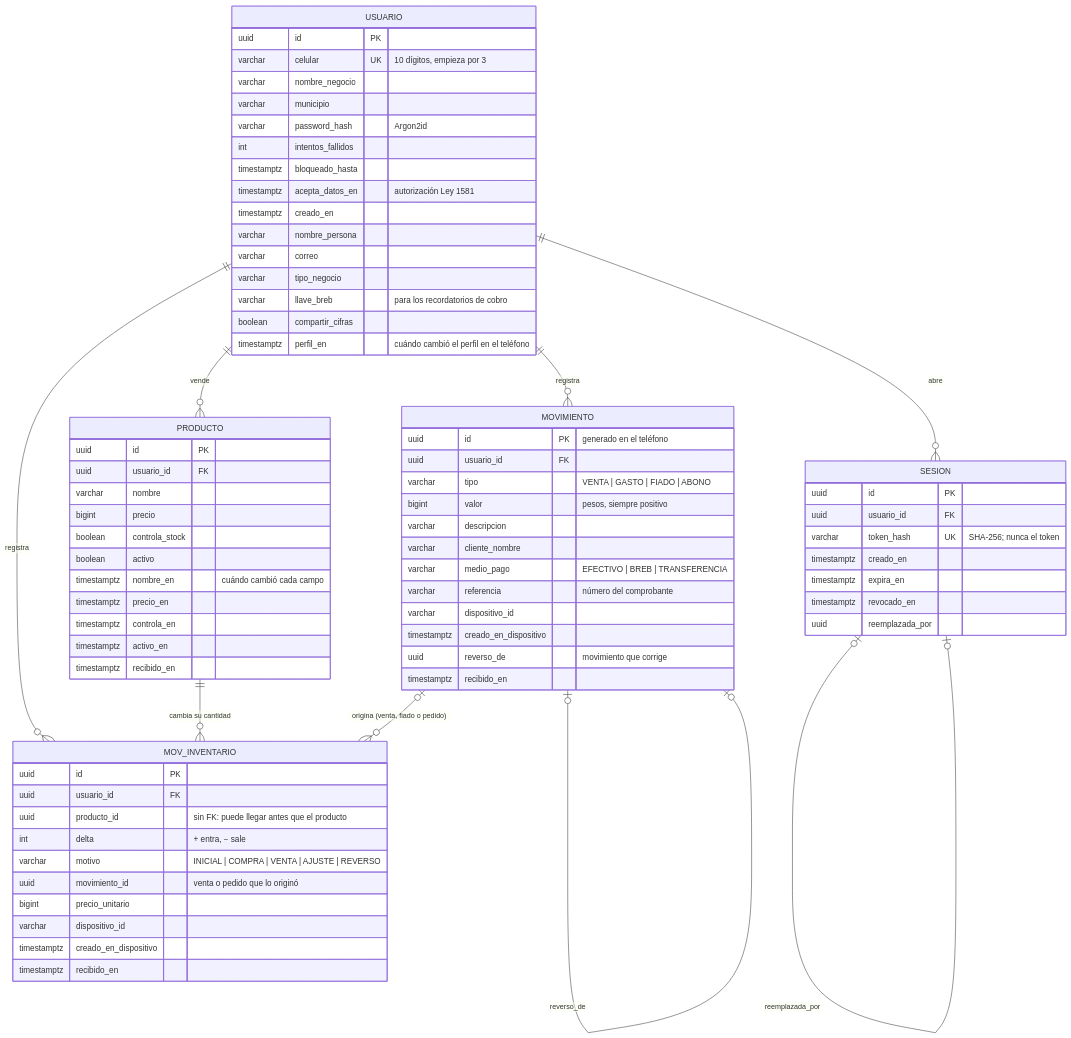
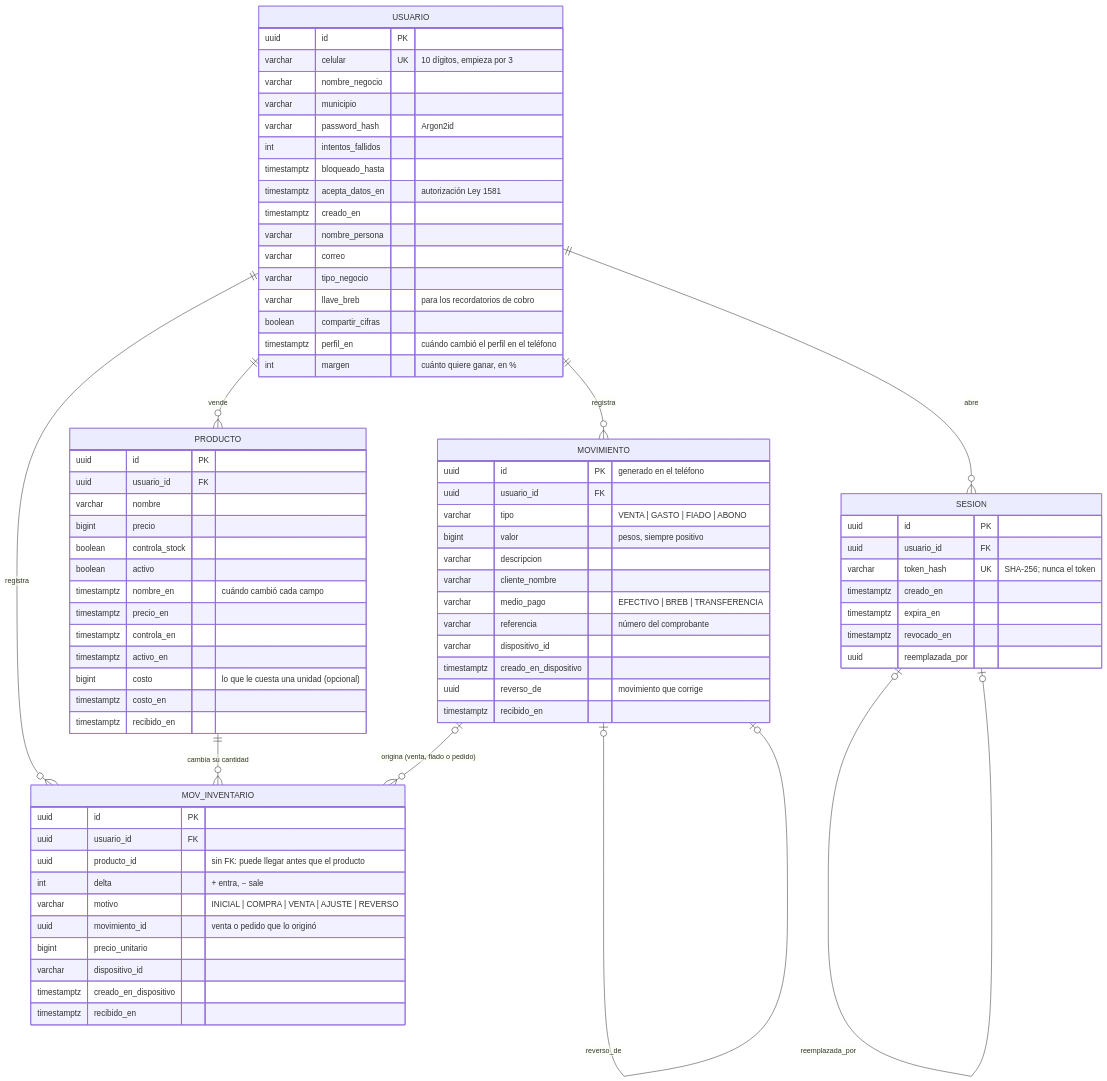
One commit to ricardomb-tech/caporal changed the first of 2 diagrams in documentacion/04-modelo-entidad-relacion.md. Above: the diagram before and after it, drawn with Mermaid. The commit also changed other lines of this file and 31 other files, not shown here.

````diff
--- a/documentacion/04-modelo-entidad-relacion.md
+++ b/documentacion/04-modelo-entidad-relacion.md
@@ -14,77 +14,80 @@
 ```mermaid
 erDiagram
     USUARIO ||--o{ MOVIMIENTO : "registra"
     USUARIO ||--o{ PRODUCTO : "vende"
     USUARIO ||--o{ MOV_INVENTARIO : "registra"
     USUARIO ||--o{ SESION : "abre"
     PRODUCTO ||--o{ MOV_INVENTARIO : "cambia su cantidad"
     MOVIMIENTO |o--o{ MOV_INVENTARIO : "origina (venta, fiado o pedido)"
     MOVIMIENTO |o--o| MOVIMIENTO : "reverso_de"
     SESION |o--o| SESION : "reemplazada_por"
 
     USUARIO {
         uuid id PK
         varchar celular UK "10 dígitos, empieza por 3"
         varchar nombre_negocio
         varchar municipio
         varchar password_hash "Argon2id"
         int intentos_fallidos
         timestamptz bloqueado_hasta
         timestamptz acepta_datos_en "autorización Ley 1581"
         timestamptz creado_en
         varchar nombre_persona
         varchar correo
         varchar tipo_negocio
         varchar llave_breb "para los recordatorios de cobro"
         boolean compartir_cifras
         timestamptz perfil_en "cuándo cambió el perfil en el teléfono"
+        int margen "cuánto quiere ganar, en %"
     }
     MOVIMIENTO {
         uuid id PK "generado en el teléfono"
         uuid usuario_id FK
         varchar tipo "VENTA | GASTO | FIADO | ABONO"
         bigint valor "pesos, siempre positivo"
         varchar descripcion
         varchar cliente_nombre
         varchar medio_pago "EFECTIVO | BREB | TRANSFERENCIA"
         varchar referencia "número del comprobante"
         varchar dispositivo_id
         timestamptz creado_en_dispositivo
         uuid reverso_de "movimiento que corrige"
         timestamptz recibido_en
     }
     PRODUCTO {
         uuid id PK
         uuid usuario_id FK
         varchar nombre
         bigint precio
         boolean controla_stock
         boolean activo
         timestamptz nombre_en "cuándo cambió cada campo"
         timestamptz precio_en
         timestamptz controla_en
         timestamptz activo_en
+        bigint costo "lo que le cuesta una unidad (opcional)"
+        timestamptz costo_en
         timestamptz recibido_en
     }
     MOV_INVENTARIO {
         uuid id PK
         uuid usuario_id FK
         uuid producto_id "sin FK: puede llegar antes que el producto"
         int delta "+ entra, − sale"
         varchar motivo "INICIAL | COMPRA | VENTA | AJUSTE | REVERSO"
         uuid movimiento_id "venta o pedido que lo originó"
         bigint precio_unitario
         varchar dispositivo_id
         timestamptz creado_en_dispositivo
         timestamptz recibido_en
     }
     SESION {
         uuid id PK
         uuid usuario_id FK
         varchar token_hash UK "SHA-256; nunca el token"
         timestamptz creado_en
         timestamptz expira_en
         timestamptz revocado_en
         uuid reemplazada_por
     }
 ```
````
